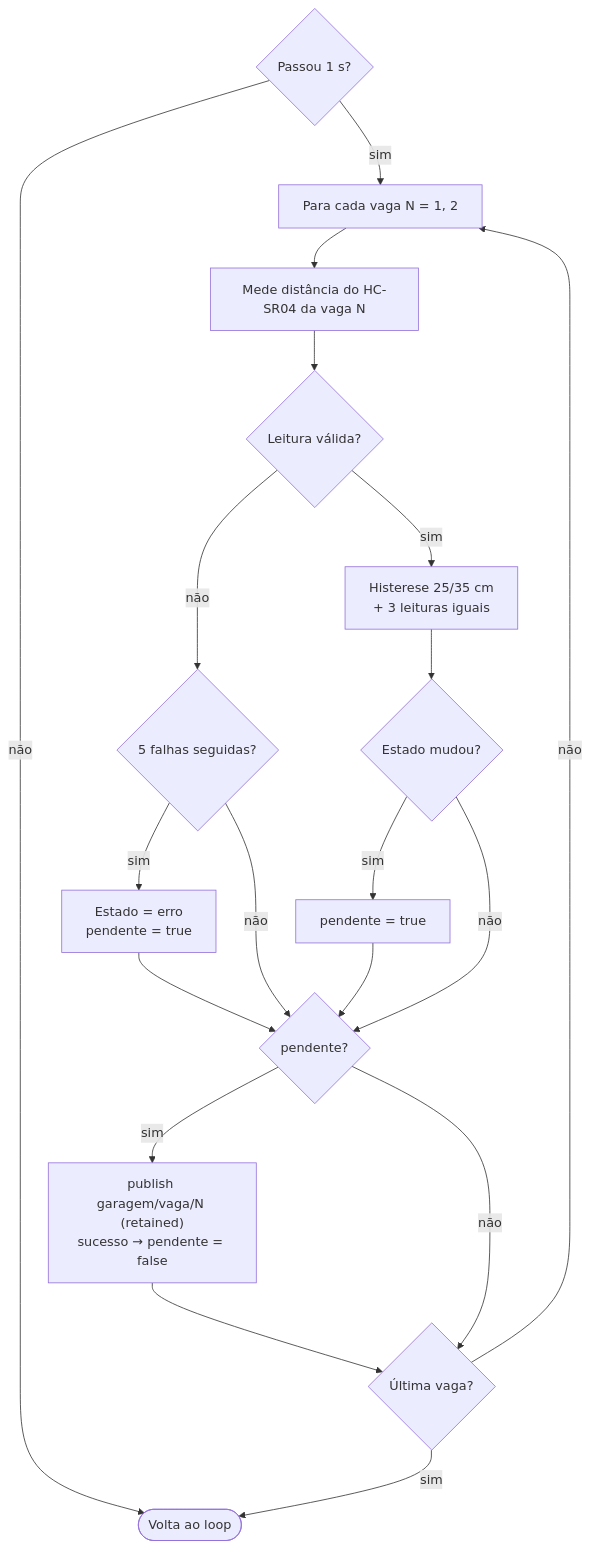
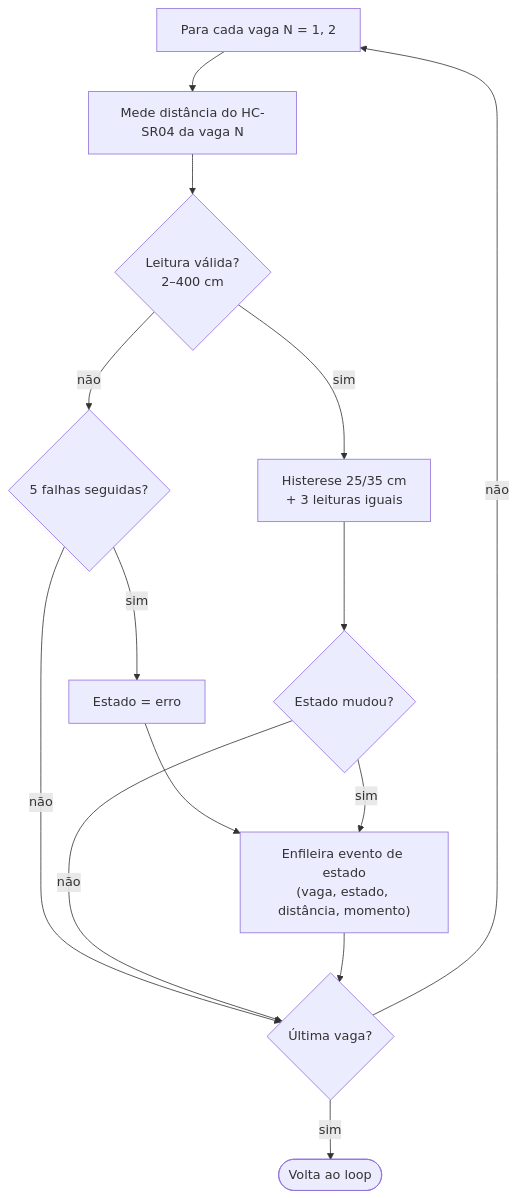
The fourth of 8 diagrams in docs/fluxograma-firmware.md (VynicyusCandido/iotHorangoTango), drawn with Mermaid before and after one commit. The commit also changed other lines of this file and 6 other files, not shown here.

````diff
--- a/docs/fluxograma-firmware.md
+++ b/docs/fluxograma-firmware.md
@@ -79,20 +102,15 @@
 ```mermaid
 flowchart TD
-    A{Passou 1 s?} -- não --> Z([Volta ao loop])
-    A -- sim --> B[Para cada vaga N = 1, 2]
-    B --> M[Mede distância do HC-SR04 da vaga N]
-    M --> N{Leitura válida?}
-    N -- não --> N1{5 falhas seguidas?}
-    N1 -- sim --> N2[Estado = erro<br/>pendente = true] --> T
-    N1 -- não --> T
-    N -- sim --> O["Histerese 25/35 cm<br/>+ 3 leituras iguais"]
+    A[Para cada vaga N = 1, 2] --> M[Mede distância do HC-SR04 da vaga N]
+    M --> V{Leitura válida?<br/>2–400 cm}
+    V -- não --> V1{5 falhas seguidas?}
+    V1 -- sim --> E1[Estado = erro] --> EV
+    V1 -- não --> X
+    V -- sim --> O["Histerese 25/35 cm<br/>+ 3 leituras iguais"]
     O --> O1{Estado mudou?}
-    O1 -- sim --> P[pendente = true] --> T
-    O1 -- não --> T
-    T{pendente?}
-    T -- sim --> U["publish garagem/vaga/N (retained)<br/>sucesso → pendente = false"] --> X
-    T -- não --> X
-    X{Última vaga?}
-    X -- não --> B
-    X -- sim --> Z
+    O1 -- não --> X
+    O1 -- sim --> EV["Enfileira evento de estado<br/>(vaga, estado, distância, momento)"]
+    EV --> X{Última vaga?}
+    X -- não --> A
+    X -- sim --> Z([Volta ao loop])
 ```
````
